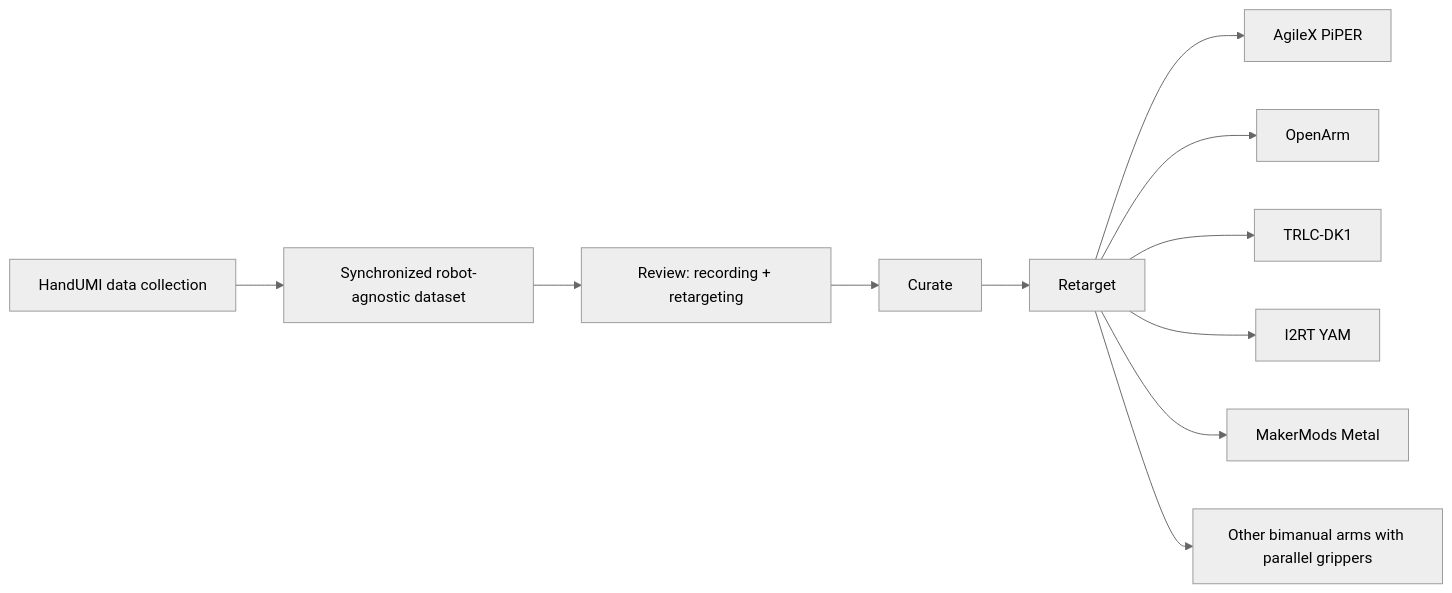
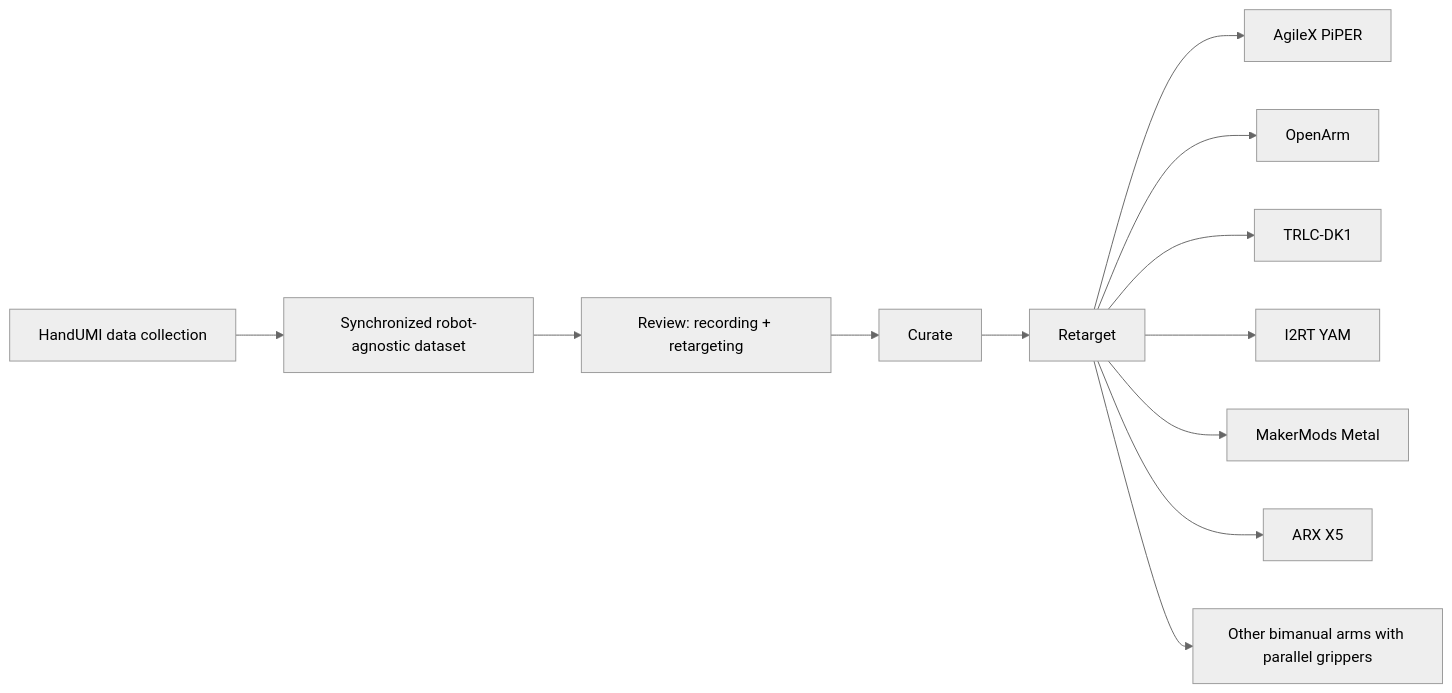
The diagram in README.md (CloudEngineHub/handumi-sw), drawn with Mermaid (neutral theme) before and after one commit. The commit also changed other lines of this file and 18 other files, not shown here.

````diff
--- a/README.md
+++ b/README.md
@@ -89,13 +89,14 @@
 ```mermaid
 flowchart LR
     A[HandUMI data collection] --> B[Synchronized robot-agnostic dataset]
     B --> C[Review: recording + retargeting]
     C --> K[Curate]
     K --> D[Retarget]
     D --> E[AgileX PiPER]
     D --> F[OpenArm]
     D --> G[TRLC-DK1]
     D --> H[I2RT YAM]
     D --> J[MakerMods Metal]
+    D --> L[ARX X5]
     D --> I[Other bimanual arms with parallel grippers]
 ```
````
